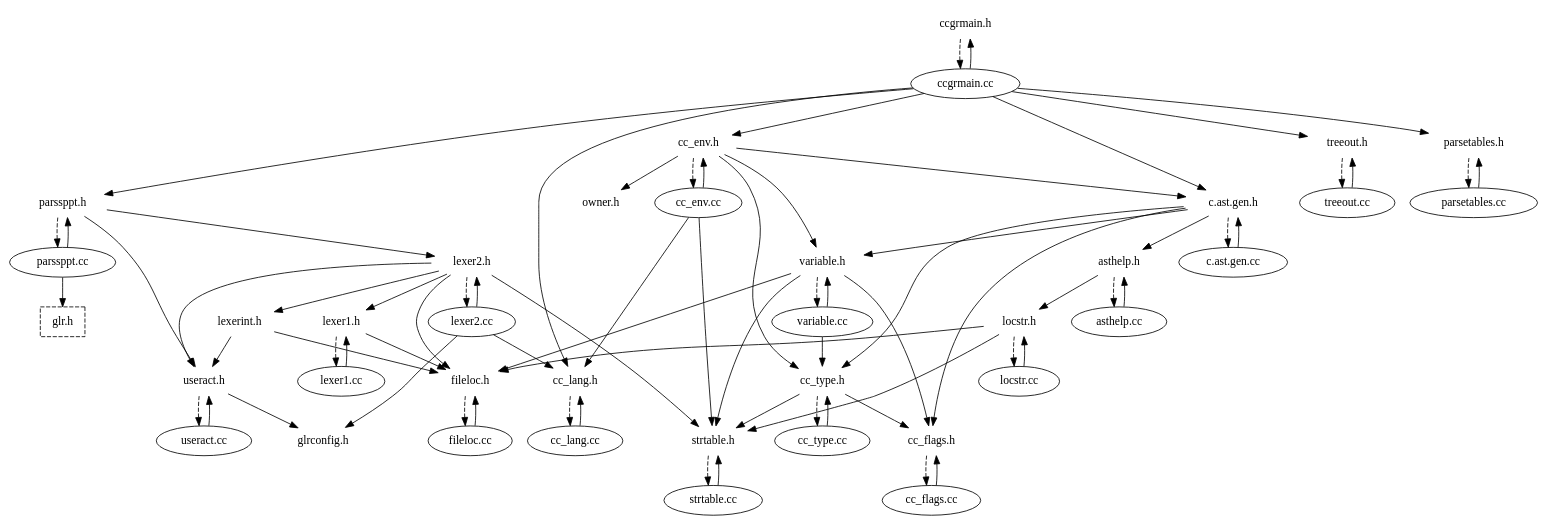
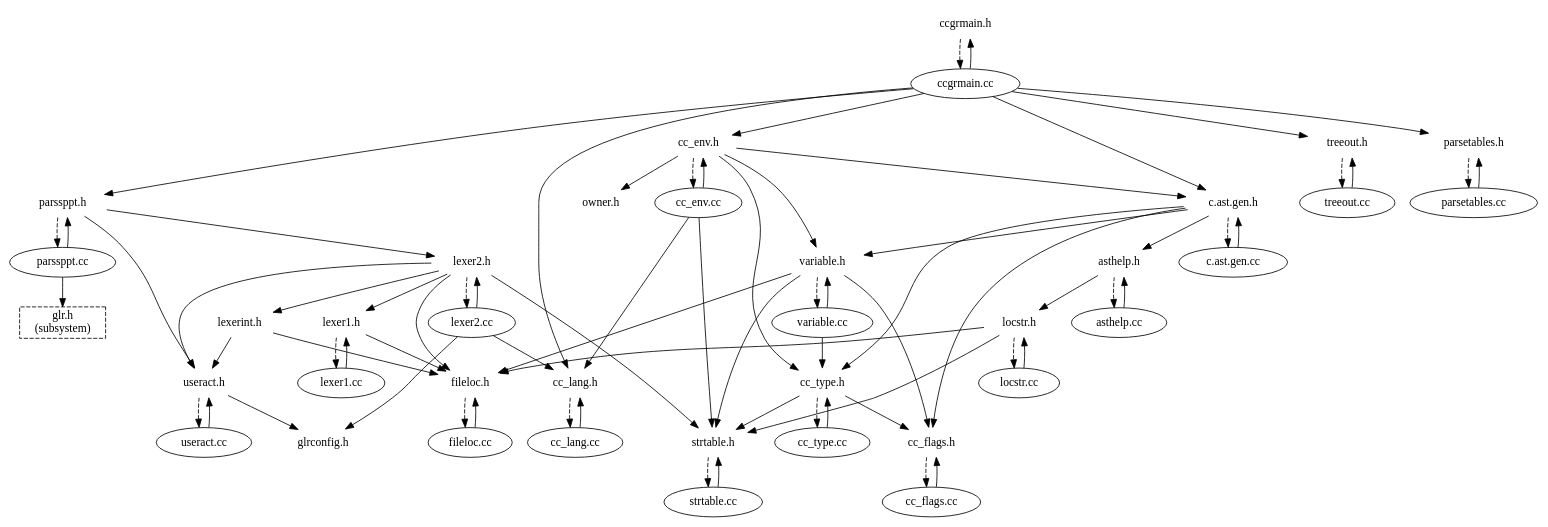
The diagram in elkhound/doc/cc.dot (angavrilov/olmar), drawn with Graphviz before and after one commit. The commit also changed 4 other files, not shown here.

```diff
--- a/elkhound/doc/cc.dot
+++ b/elkhound/doc/cc.dot
@@ -124,6 +124,7 @@
     weight = 10
   ]
   "glr.h" [
+    label = "glr.h\n(subsystem)"
     shape = box
     style = dashed
   ]
```
